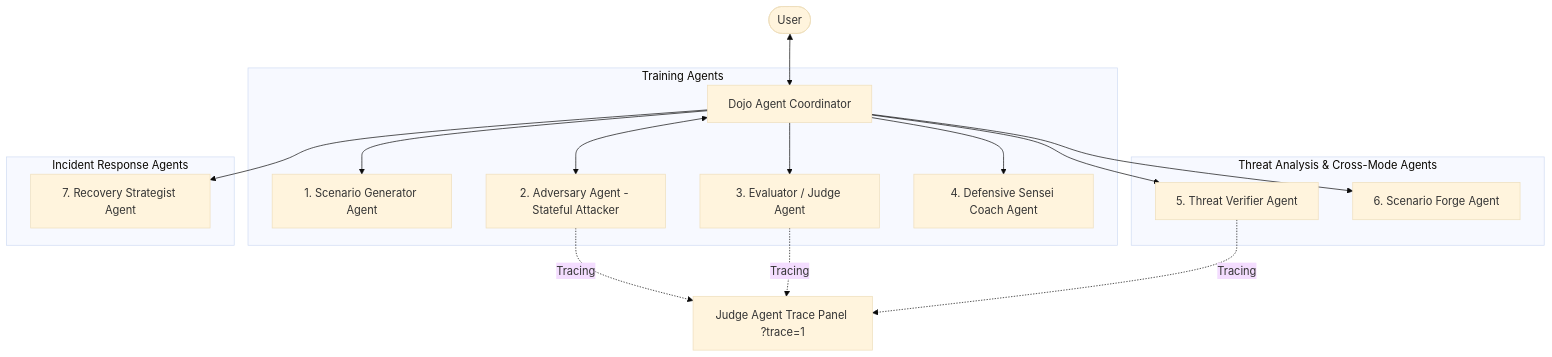
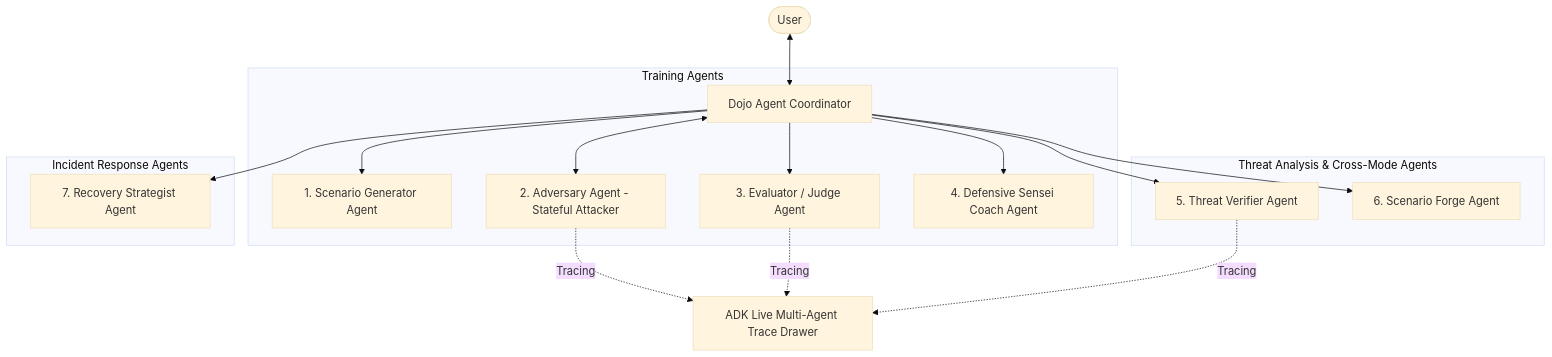
The second of 2 diagrams in README.md (sivasubramoniam-js/scam-dojo), drawn with Mermaid (base theme) before and after one commit. The commit also changed other lines of this file, not shown here.

Commit message:
docs: bring README.md up to date with latest models, test metrics, and trace features

````diff
--- a/README.md
+++ b/README.md
@@ -120,24 +120,24 @@
 ```mermaid
 graph TD
     User([User]) <--> Orchestrator[Dojo Agent Coordinator]
     
     subgraph "Training Agents"
         Orchestrator --> GenAgent[1. Scenario Generator Agent]
         Orchestrator <--> AdvAgent[2. Adversary Agent - Stateful Attacker]
         Orchestrator --> JudgeAgent[3. Evaluator / Judge Agent]
         Orchestrator --> CoachAgent[4. Defensive Sensei Coach Agent]
     end
 
     subgraph "Threat Analysis & Cross-Mode Agents"
         Orchestrator --> CheckAgent[5. Threat Verifier Agent]
         Orchestrator --> ForgeAgent[6. Scenario Forge Agent]
     end
 
     subgraph "Incident Response Agents"
         Orchestrator --> RecAgent[7. Recovery Strategist Agent]
     end
 
-    AdvAgent -. Tracing .-> TracePanel[Judge Agent Trace Panel ?trace=1]
+    AdvAgent -. Tracing .-> TracePanel[ADK Live Multi-Agent Trace Drawer]
     JudgeAgent -. Tracing .-> TracePanel
     CheckAgent -. Tracing .-> TracePanel
 ```
````
